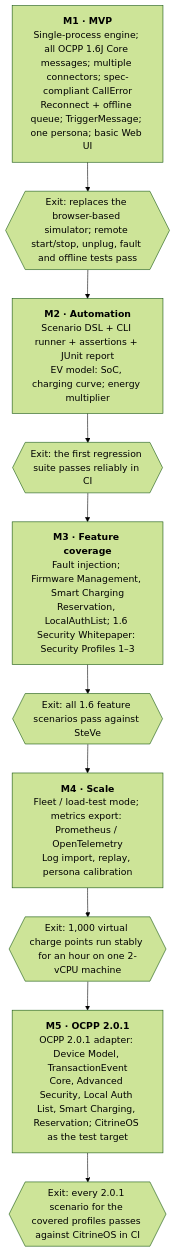
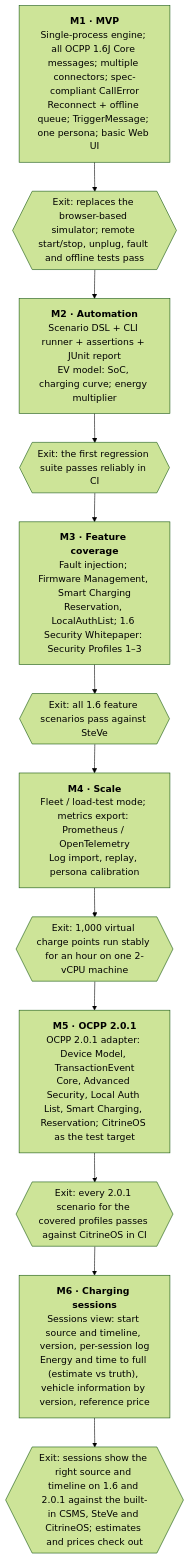
The second of 2 diagrams in docs/design.md (JasonKong/ocpp-mimic), drawn with Mermaid (forest theme) before and after one commit. The commit also changed other lines of this file and 2 other files, not shown here.

First line of the commit message:
Design M6 charging sessions (T77) (#199)

````diff
--- a/docs/design.md
+++ b/docs/design.md
@@ -1231,14 +1347,16 @@
 ```mermaid
 flowchart TB
   M1["<b>M1 · MVP</b><br/>Single-process engine; all OCPP 1.6J Core messages; multiple connectors; spec-compliant CallError<br/>Reconnect + offline queue; TriggerMessage; one persona; basic Web UI"]
   G1{{"Exit: replaces the browser-based simulator; remote start/stop, unplug, fault and offline tests pass"}}
   M2["<b>M2 · Automation</b><br/>Scenario DSL + CLI runner + assertions + JUnit report<br/>EV model: SoC, charging curve; energy multiplier"]
   G2{{"Exit: the first regression suite passes reliably in CI"}}
   M3["<b>M3 · Feature coverage</b><br/>Fault injection; Firmware Management, Smart Charging<br/>Reservation, LocalAuthList; 1.6 Security Whitepaper: Security Profiles 1–3"]
   G3{{"Exit: all 1.6 feature scenarios pass against SteVe"}}
   M4["<b>M4 · Scale</b><br/>Fleet / load-test mode; metrics export: Prometheus / OpenTelemetry<br/>Log import, replay, persona calibration"]
   G4{{"Exit: 1,000 virtual charge points run stably for an hour on one 2-vCPU machine"}}
   M5["<b>M5 · OCPP 2.0.1</b><br/>OCPP 2.0.1 adapter: Device Model, TransactionEvent<br/>Core, Advanced Security, Local Auth List, Smart Charging, Reservation; CitrineOS as the test target"]
   G5{{"Exit: every 2.0.1 scenario for the covered profiles passes against CitrineOS in CI"}}
-  M1 --> G1 --> M2 --> G2 --> M3 --> G3 --> M4 --> G4 --> M5 --> G5
+  M6["<b>M6 · Charging sessions</b><br/>Sessions view: start source and timeline, version, per-session log<br/>Energy and time to full (estimate vs truth), vehicle information by version, reference price"]
+  G6{{"Exit: sessions show the right source and timeline on 1.6 and 2.0.1 against the built-in CSMS, SteVe and CitrineOS; estimates and prices check out"}}
+  M1 --> G1 --> M2 --> G2 --> M3 --> G3 --> M4 --> G4 --> M5 --> G5 --> M6 --> G6
 ```
````
